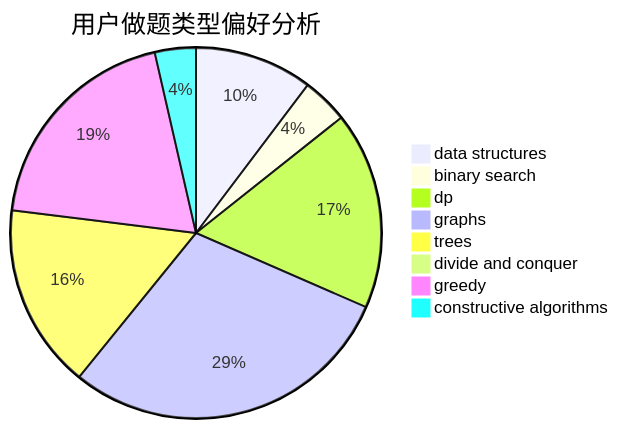
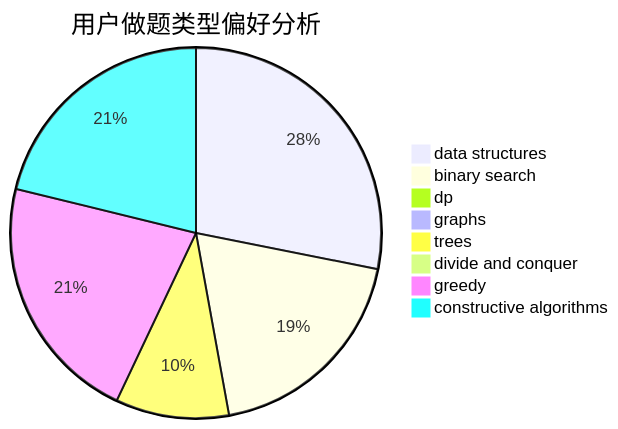
Before and after one commit to sherpahu/cfrs.github.io: the second of 3 diagrams in docs/user/u568.md, drawn with Mermaid. The commit also changed other lines of this file and 2770 other files, not shown here.

````diff
--- a/docs/user/u568.md
+++ b/docs/user/u568.md
@@ -23,11 +23,11 @@
 ```mermaid
 pie title 用户做题类型偏好分析
-    "data structures" :  46
-    "binary search" :  18
-    "dp" :  77
-    "graphs" :  131
-    "trees" :  72
+    "data structures" :  182
+    "binary search" :  123
+    "dp" :  5
+    "graphs" :  5
+    "trees" :  64
     "divide and conquer" :  0
-    "greedy" :  87
-    "constructive algorithms" :  16
+    "greedy" :  141
+    "constructive algorithms" :  137
 ```
````
